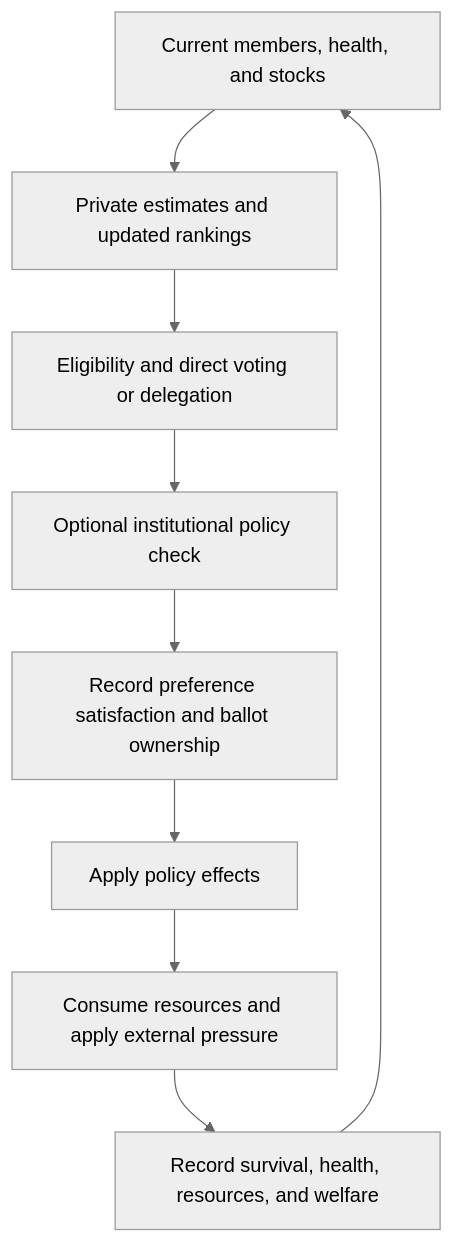
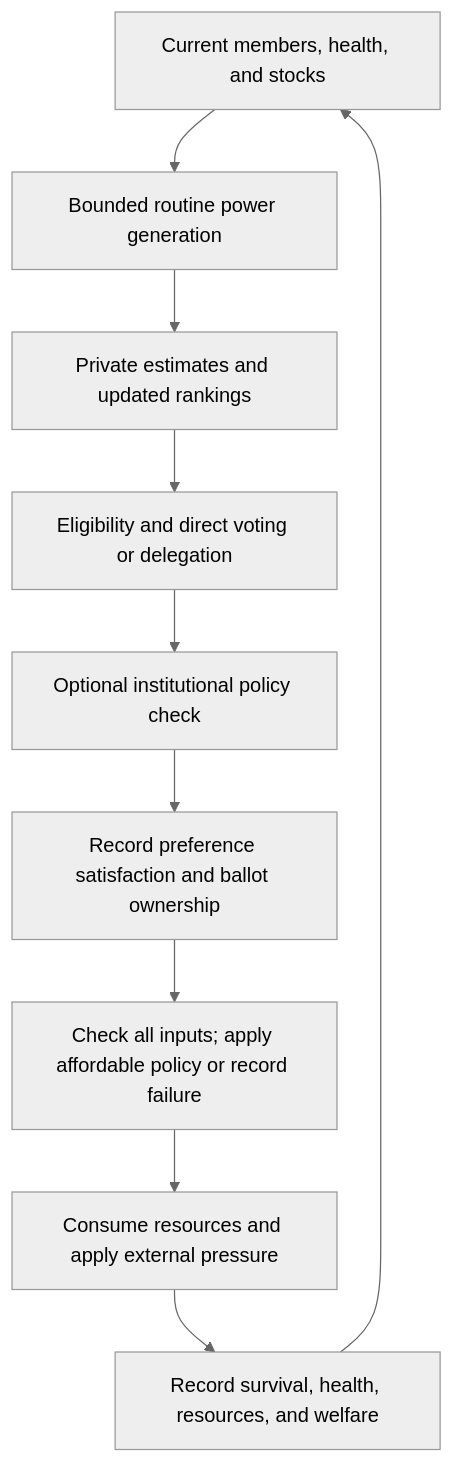
The diagram in docs/walkthrough.md (cicixgliamici/fallout-decision-making), drawn with Mermaid (neutral theme) before and after one commit. The commit also changed other lines of this file and 66 other files, not shown here.

````diff
--- a/docs/walkthrough.md
+++ b/docs/walkthrough.md
@@ -43,11 +43,12 @@
 ```mermaid
 flowchart TD
-    A[Current members, health, and stocks] --> B[Private estimates and updated rankings]
+    A[Current members, health, and stocks] --> R[Bounded routine power generation]
+    R --> B[Private estimates and updated rankings]
     B --> C[Eligibility and direct voting or delegation]
     C --> D[Optional institutional policy check]
     D --> E[Record preference satisfaction and ballot ownership]
-    E --> F[Apply policy effects]
+    E --> F[Check all inputs; apply affordable policy or record failure]
     F --> G[Consume resources and apply external pressure]
     G --> H[Record survival, health, resources, and welfare]
     H --> A
 ```
````
